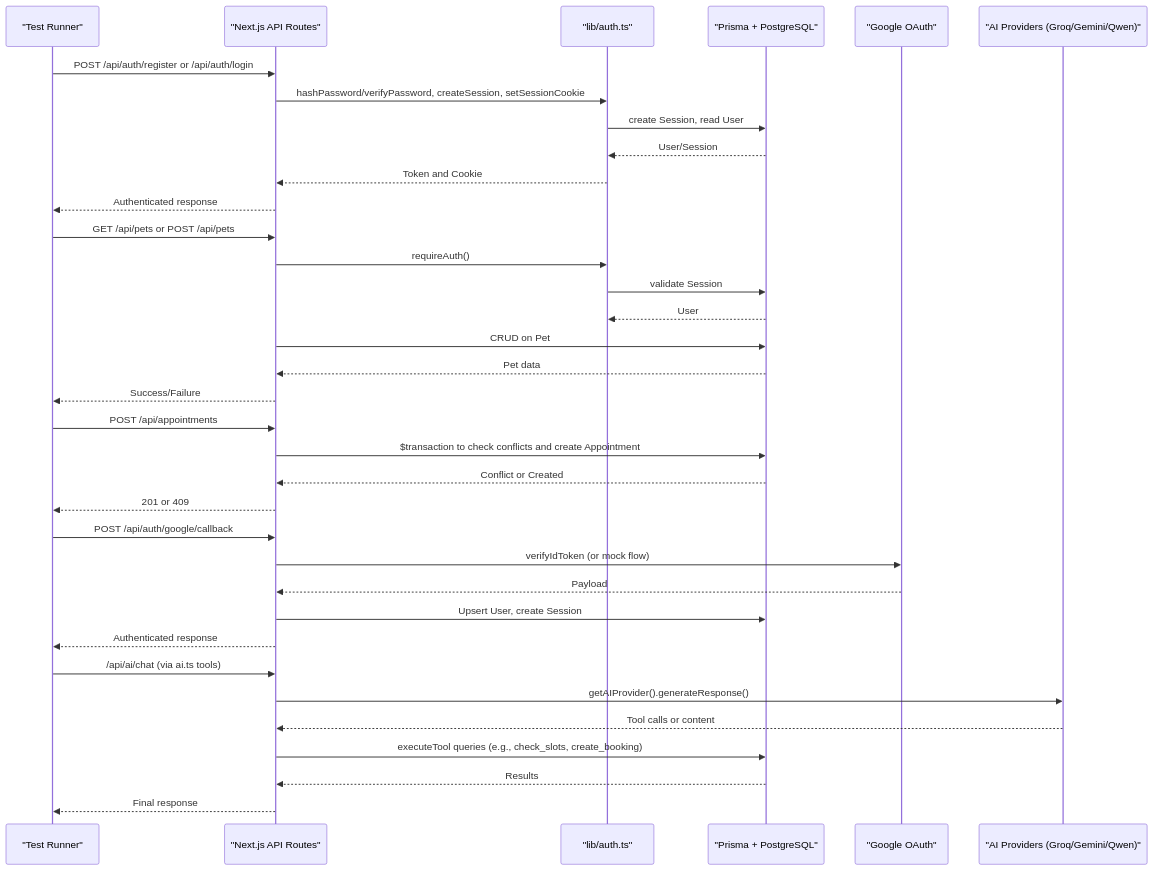
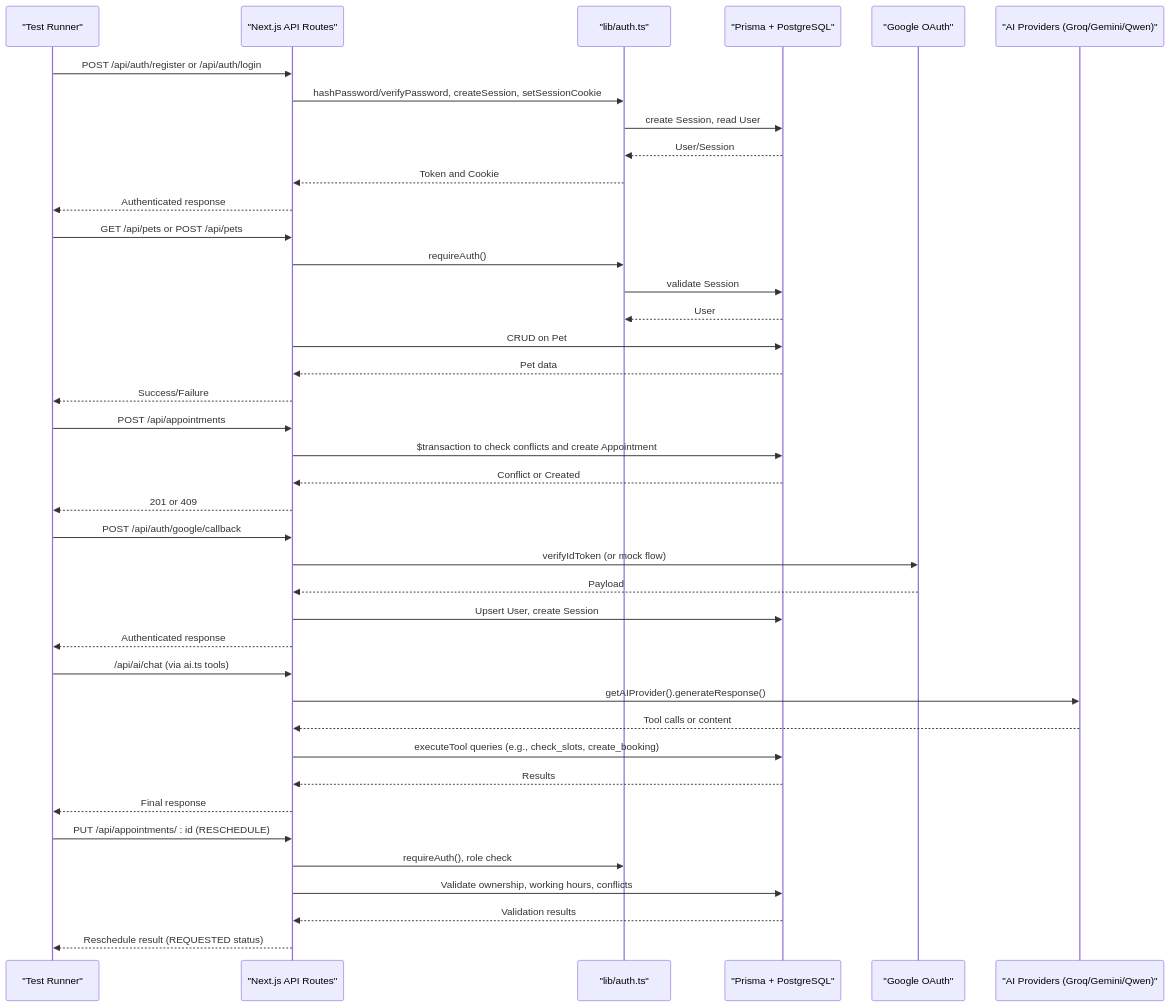
One commit to Javeria-Javaid/ai-powered-pet-healthcare-ecosystem changed the second of 8 diagrams in .qoder/repowiki/en/content/Testing Strategy/Integration Testing.md. Above: the diagram before and after it, drawn with Mermaid. The commit also changed other lines of this file and 23 other files, not shown here.

````diff
--- a/.qoder/repowiki/en/content/Testing Strategy/Integration Testing.md
+++ b/.qoder/repowiki/en/content/Testing Strategy/Integration Testing.md
@@ -125,37 +157,42 @@
 ```mermaid
 sequenceDiagram
 participant T as "Test Runner"
 participant API as "Next.js API Routes"
 participant AUTH as "lib/auth.ts"
 participant DB as "Prisma + PostgreSQL"
 participant G as "Google OAuth"
 participant AI as "AI Providers (Groq/Gemini/Qwen)"
 T->>API : POST /api/auth/register or /api/auth/login
 API->>AUTH : hashPassword/verifyPassword, createSession, setSessionCookie
 AUTH->>DB : create Session, read User
 DB-->>AUTH : User/Session
 AUTH-->>API : Token and Cookie
 API-->>T : Authenticated response
 T->>API : GET /api/pets or POST /api/pets
 API->>AUTH : requireAuth()
 AUTH->>DB : validate Session
 DB-->>AUTH : User
 API->>DB : CRUD on Pet
 DB-->>API : Pet data
 API-->>T : Success/Failure
 T->>API : POST /api/appointments
 API->>DB : $transaction to check conflicts and create Appointment
 DB-->>API : Conflict or Created
 API-->>T : 201 or 409
 T->>API : POST /api/auth/google/callback
 API->>G : verifyIdToken (or mock flow)
 G-->>API : Payload
 API->>DB : Upsert User, create Session
 API-->>T : Authenticated response
 T->>API : /api/ai/chat (via ai.ts tools)
 API->>AI : getAIProvider().generateResponse()
 AI-->>API : Tool calls or content
 API->>DB : executeTool queries (e.g., check_slots, create_booking)
 DB-->>API : Results
 API-->>T : Final response
+T->>API : PUT /api/appointments/ : id (RESCHEDULE)
+API->>AUTH : requireAuth(), role check
+API->>DB : Validate ownership, working hours, conflicts
+DB-->>API : Validation results
+API-->>T : Reschedule result (REQUESTED status)
 ```
````
